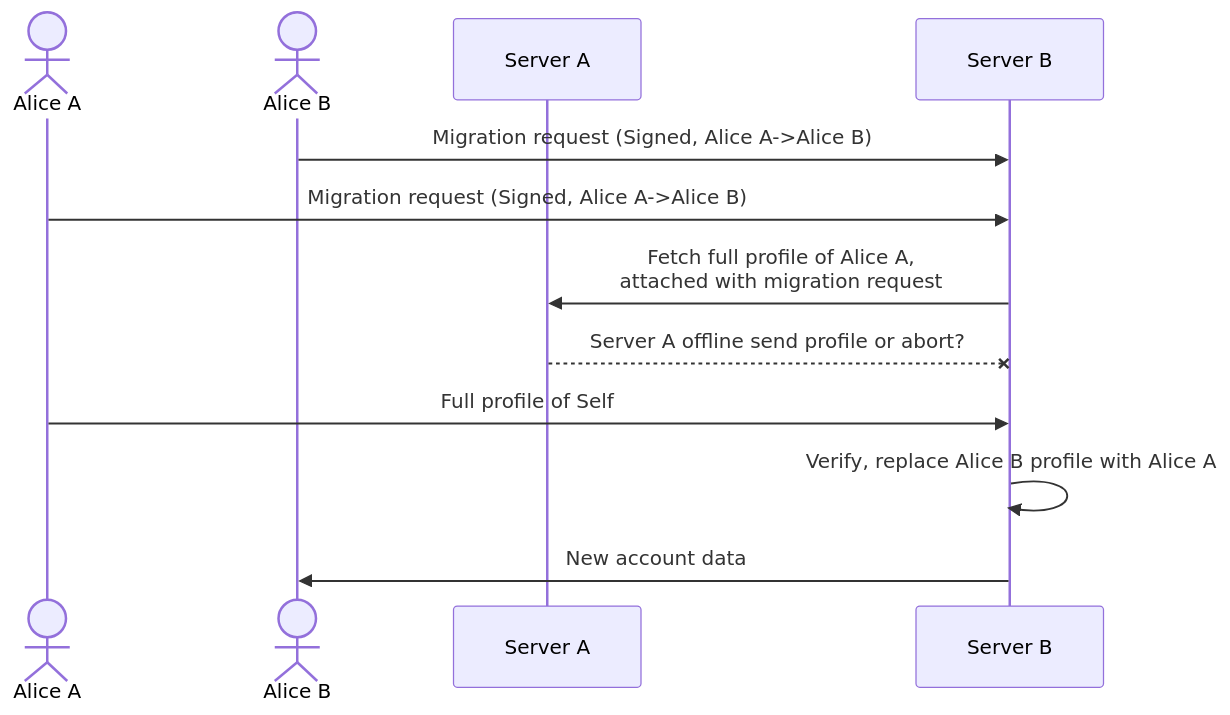
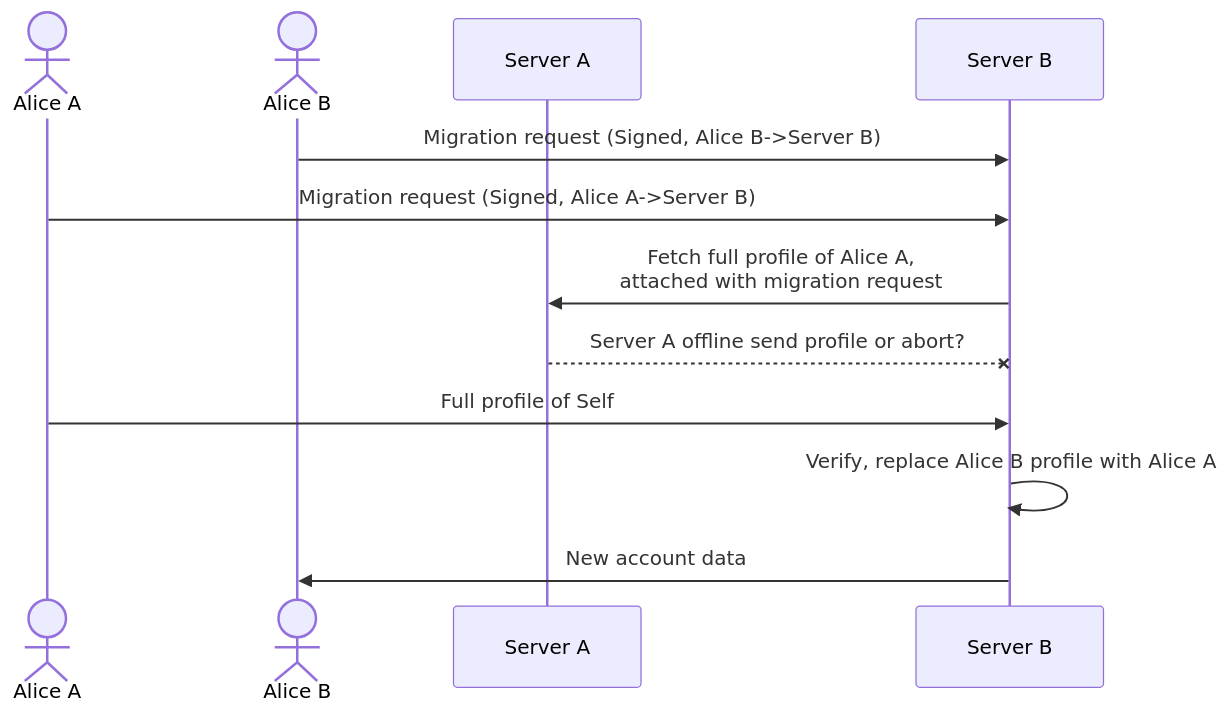
The eighth of 9 diagrams in SPECIFICATION.md (polyphony-chat/docs), drawn with Mermaid before and after one commit. The commit also changed other lines of this file, not shown here.

Commit message:
docs(core-spec): fix typo in migration

````diff
--- a/SPECIFICATION.md
+++ b/SPECIFICATION.md
@@ -525,17 +525,17 @@
 ```mermaid
 sequenceDiagram
 
 actor aa as Alice A
 actor ab as Alice B
 participant sa as Server A
 participant sb as Server B
 
-ab->>sb: Migration request (Signed, Alice A->Alice B)
-aa->>sb: Migration request (Signed, Alice A->Alice B)
+ab->>sb: Migration request (Signed, Alice B->Server B)
+aa->>sb: Migration request (Signed, Alice A->Server B)
 sb->>sa: Fetch full profile of Alice A,<br />attached with migration request
 sa--xsb: Server A offline send profile or abort?
 aa->>sb: Full profile of Self
 sb->>sb: Verify, replace Alice B profile with Alice A
 sb->>ab: New account data
 
 ```
````
